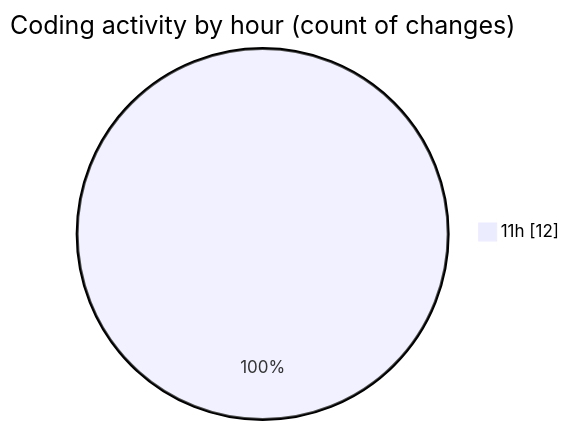
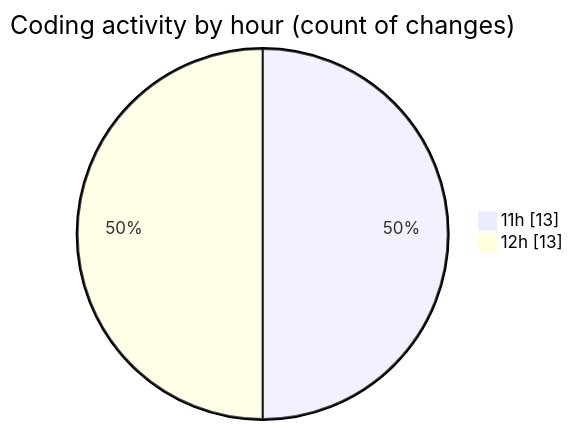
One commit to nxtqubesakshisongat/code-tracking changed the second of 2 diagrams in 2025-12-29/nxtqube_webapp/README.md. Above: the diagram before and after it, drawn with Mermaid. The commit also changed other lines of this file and 1 other file, not shown here.

````diff
--- a/2025-12-29/nxtqube_webapp/README.md
+++ b/2025-12-29/nxtqube_webapp/README.md
@@ -28,5 +28,6 @@
 ```mermaid
 pie showData
 title Coding activity by hour (count of changes)
-"11h" : 12
+"11h" : 13
+"12h" : 13
 ```
````
